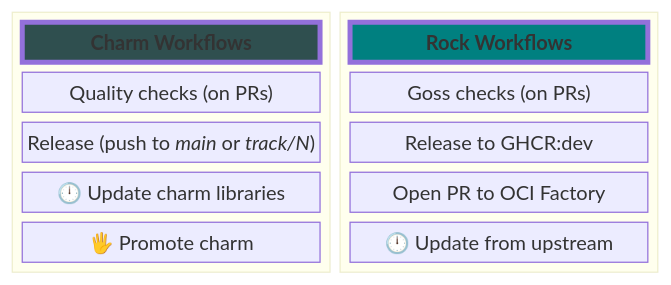
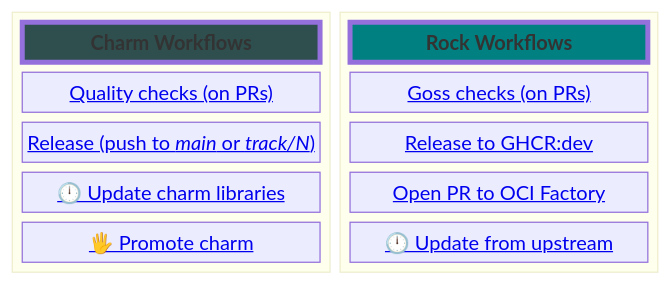
Before and after one commit to canonical/observability: the first of 3 diagrams in README.md, drawn with Mermaid.

````diff
--- a/README.md
+++ b/README.md
@@ -12,23 +12,23 @@
 ```mermaid
 block-beta
   block
     columns 1
     charm["<b>Charm Workflows</b>"]
-    charmpr["Quality checks (on PRs)"]
-    charmrelease["Release (push to <i>main</i> or <i>track/N</i>)"]
-    charmupdate["🕛 Update charm libraries"]
-    charmpromote["🖐 Promote charm"]
+    charmpr["<a href='https://github.com/canonical/observability/blob/feature/v1/.github/workflows/charm-pull-request.yaml'>Quality checks (on PRs)</a>"]
+    charmrelease["<a href='https://github.com/canonical/observability/blob/feature/v1/.github/workflows/charm-release.yaml' >Release (push to <i>main</i> or <i>track/N</i>)</a>"]
+    charmupdate["<a href='https://github.com/canonical/observability/blob/feature/v1/.github/workflows/charm-update-libs.yaml'>🕛 Update charm libraries</a>"]
+    charmpromote["<a href='https://github.com/canonical/observability/blob/feature/v1/.github/workflows/charm-promote.yaml'>🖐 Promote charm</a>"]
   end
 
   block
     columns 1
     rock["<b>Rock Workflows</b>"]
-    rockpr["Goss checks (on PRs)"]
-    rockreleasedev["Release to GHCR:dev"]
-    rockreleaseoci["Open PR to OCI Factory"]
-    rockupdate["🕛 Update from upstream"]
+    rockpr["<a href='https://github.com/canonical/observability/blob/feature/v1/.github/workflows/rock-pull-request.yaml'>Goss checks (on PRs)</a>"]
+    rockreleasedev["<a href='https://github.com/canonical/observability/blob/feature/v1/.github/workflows/rock-release-dev.yaml'>Release to GHCR:dev</a>"]
+    rockreleaseoci["<a href='https://github.com/canonical/observability/blob/feature/v1/.github/workflows/rock-release-oci-factory.yaml'>Open PR to OCI Factory</a>"]
+    rockupdate["<a href='https://github.com/canonical/observability/blob/feature/v1/.github/workflows/rock-update.yaml'>🕛 Update from upstream</a>"]
   end
 
 style charm fill:darkslategray,stroke-width:4px
 style rock fill:teal,stroke-width:4px
 ```
````
